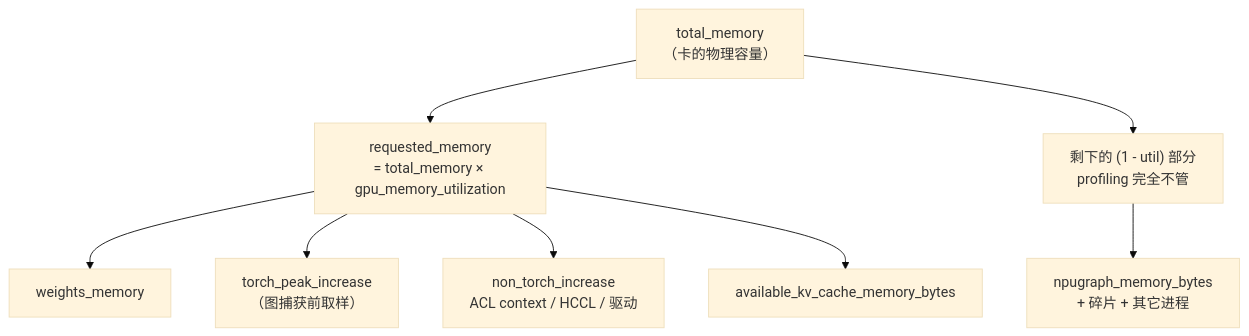
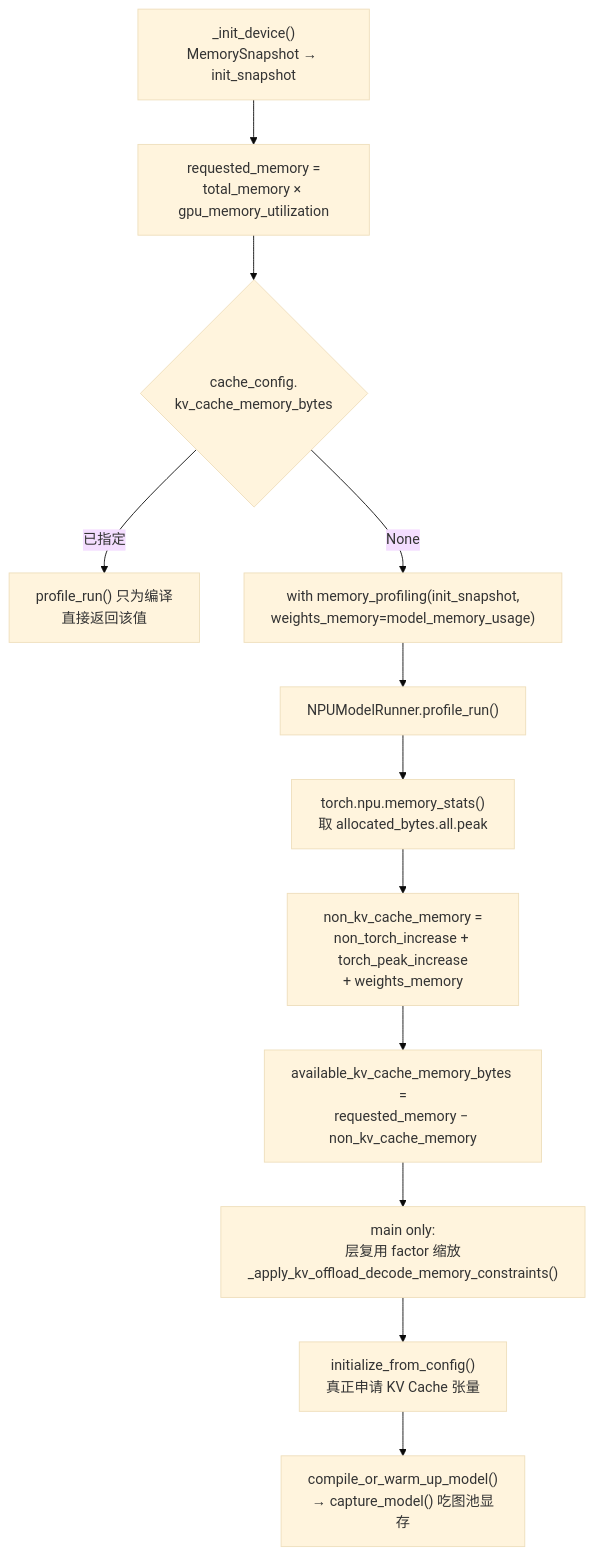
One commit to BailanCaptain/infer-lab changed the diagram in wiki/_drafts/kv-cache-memory-profiling.md. Above: the diagram before and after it, drawn with Mermaid (base theme). The commit also changed other lines of this file and 21 other files, not shown here.

````diff
--- a/wiki/_drafts/kv-cache-memory-profiling.md
+++ b/wiki/_drafts/kv-cache-memory-profiling.md
@@ -104,10 +61,14 @@
 ```mermaid
-flowchart TB
-    T["total_memory<br/>（卡的物理容量）"] --> R["requested_memory<br/>= total_memory × gpu_memory_utilization"]
-    T --> S["剩下的 (1 - util) 部分<br/>profiling 完全不管"]
-    R --> W["weights_memory"]
-    R --> A["torch_peak_increase<br/>（图捕获前取样）"]
-    R --> N["non_torch_increase<br/>ACL context / HCCL / 驱动"]
-    R --> K["available_kv_cache_memory_bytes"]
-    S --> G["npugraph_memory_bytes<br/>+ 碎片 + 其它进程"]
+flowchart TD
+    A["_init_device()<br/>MemorySnapshot → init_snapshot"] --> B["requested_memory =<br/>total_memory × gpu_memory_utilization"]
+    B --> C{"cache_config.<br/>kv_cache_memory_bytes"}
+    C -- "已指定" --> D["profile_run() 只为编译<br/>直接返回该值"]
+    C -- "None" --> E["with memory_profiling(init_snapshot,<br/>weights_memory=model_memory_usage)"]
+    E --> F["NPUModelRunner.profile_run()"]
+    F --> G["torch.npu.memory_stats()<br/>取 allocated_bytes.all.peak"]
+    G --> H["non_kv_cache_memory =<br/>non_torch_increase + torch_peak_increase<br/>+ weights_memory"]
+    H --> I["available_kv_cache_memory_bytes =<br/>requested_memory − non_kv_cache_memory"]
+    I --> J["main only:<br/>层复用 factor 缩放<br/>_apply_kv_offload_decode_memory_constraints()"]
+    J --> K["initialize_from_config()<br/>真正申请 KV Cache 张量"]
+    K --> L["compile_or_warm_up_model()<br/>→ capture_model() 吃图池显存"]
 ```
````
